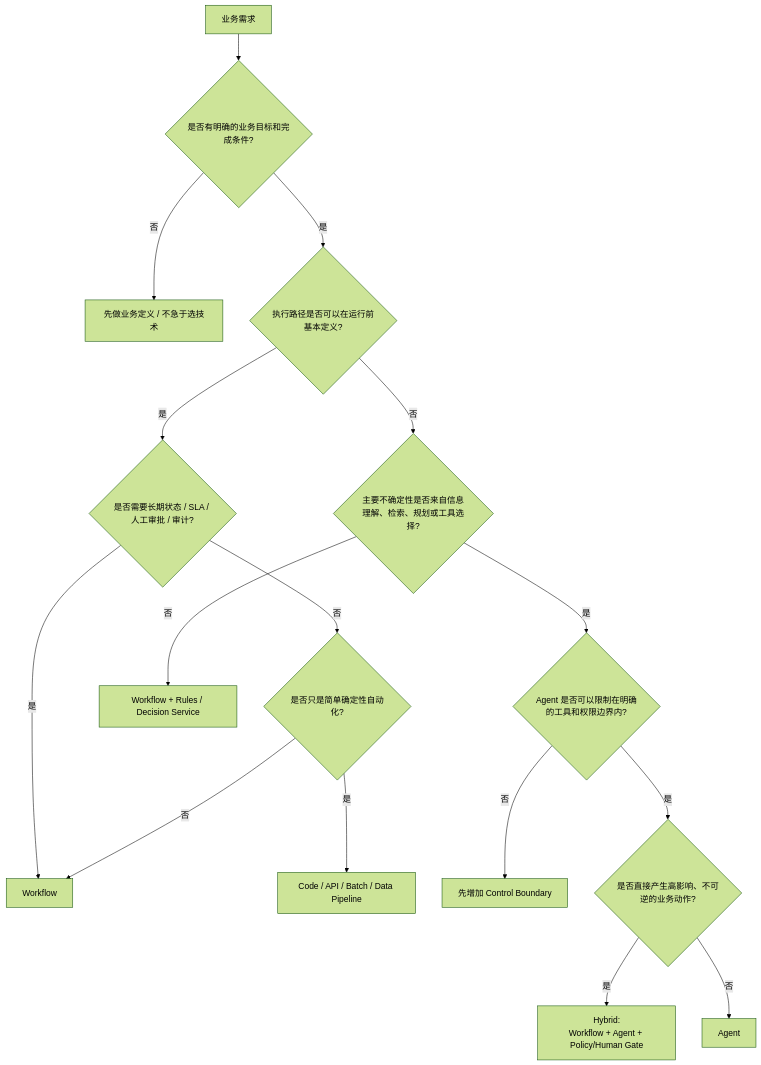
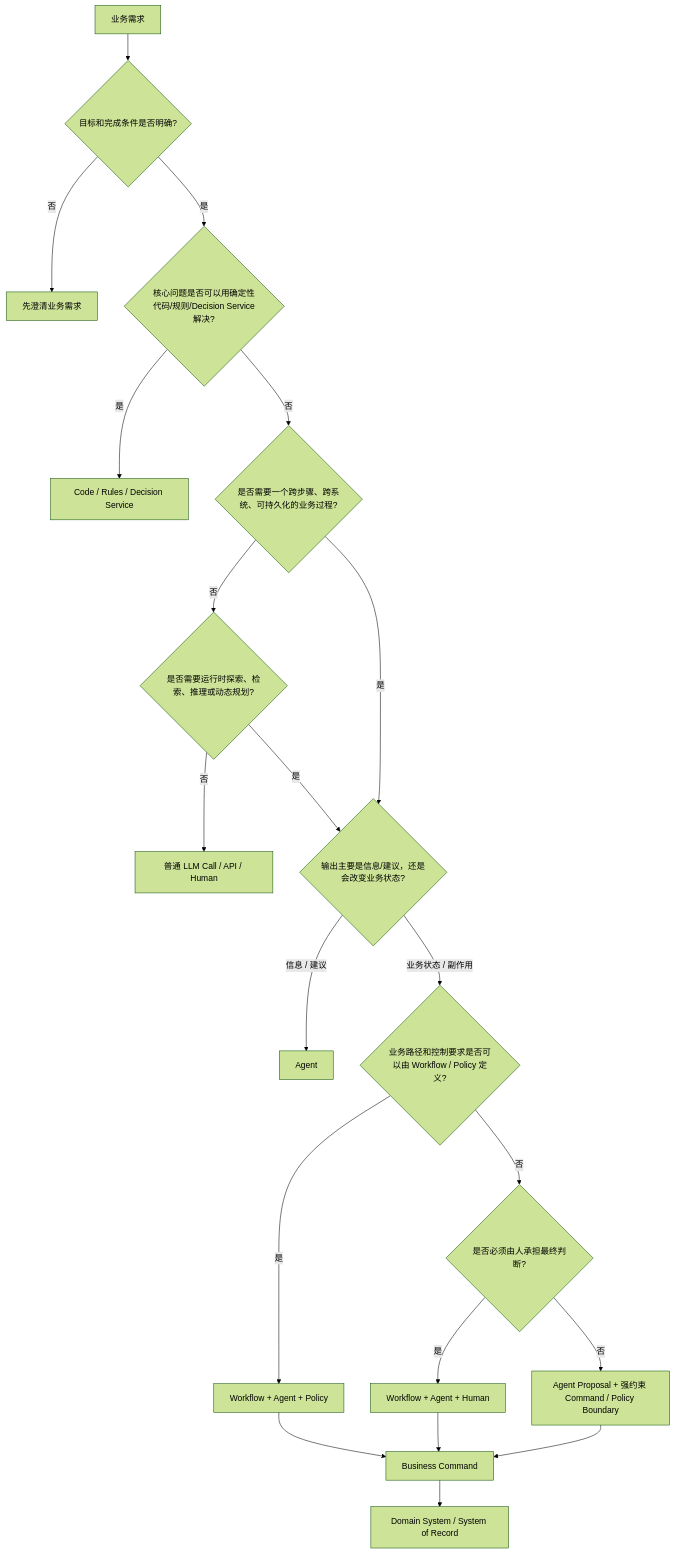
Before and after one commit to saga/copilot-server-agent: the second of 5 diagrams in docs/研究文章/workflow 和 ai agent的decision tree.md, drawn with Mermaid (forest theme). The commit also changed other lines of this file, not shown here.

````diff
--- a/docs/研究文章/workflow 和 ai agent的decision tree.md
+++ b/docs/研究文章/workflow 和 ai agent的decision tree.md
@@ -831,29 +779,35 @@
 ```mermaid
 flowchart TD
 
-    A[业务需求] --> B{是否有明确的业务目标和完成条件?}
+    A[业务需求]
+    
+    A --> B{目标和完成条件是否明确?}
 
-    B -->|否| C[先做业务定义 / 不急于选技术]
-    B -->|是| D{执行路径是否可以在运行前基本定义?}
+    B -->|否| C[先澄清业务需求]
+    B -->|是| D{核心问题是否可以用确定性代码/规则/Decision Service解决?}
 
-    D -->|是| E{是否需要长期状态 / SLA / 人工审批 / 审计?}
+    D -->|是| E[Code / Rules / Decision Service]
+    D -->|否| F{是否需要一个跨步骤、跨系统、可持久化的业务过程?}
 
-    E -->|是| F[Workflow]
-    E -->|否| G{是否只是简单确定性自动化?}
+    F -->|否| G{是否需要运行时探索、检索、推理或动态规划?}
 
-    G -->|是| H[Code / API / Batch / Data Pipeline]
-    G -->|否| F
+    G -->|否| H[普通 LLM Call / API / Human]
+    G -->|是| I{输出主要是信息/建议，还是会改变业务状态?}
 
-    D -->|否| I{主要不确定性是否来自信息理解、检索、规划或工具选择?}
+    F -->|是| I
 
-    I -->|否| J[Workflow + Rules / Decision Service]
-    I -->|是| K{Agent 是否可以限制在明确的工具和权限边界内?}
+    I -->|信息 / 建议| J[Agent]
+    I -->|业务状态 / 副作用| K{业务路径和控制要求是否可以由 Workflow / Policy 定义?}
 
-    K -->|否| L[先增加 Control Boundary]
-    K -->|是| M{是否直接产生高影响、不可逆的业务动作?}
+    K -->|是| L[Workflow + Agent + Policy]
+    K -->|否| M{是否必须由人承担最终判断?}
 
-    M -->|是| N[Hybrid:
-Workflow + Agent + Policy/Human Gate]
+    M -->|是| N[Workflow + Agent + Human]
+    M -->|否| O[Agent Proposal + 强约束 Command / Policy Boundary]
 
-    M -->|否| O[Agent]
+    L --> P[Business Command]
+    N --> P
+    O --> P
+
+    P --> Q[Domain System / System of Record]
 ```
````
